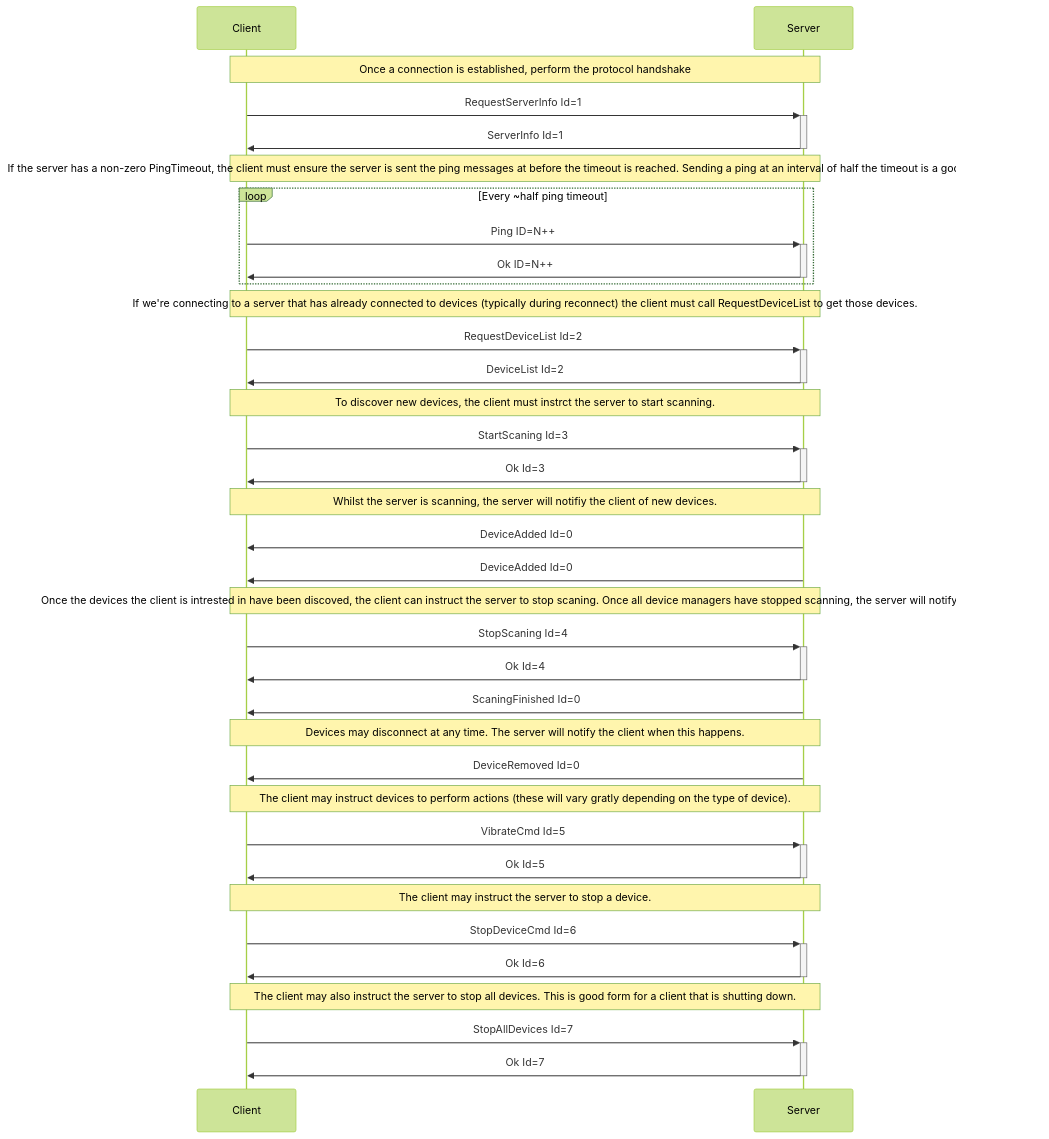
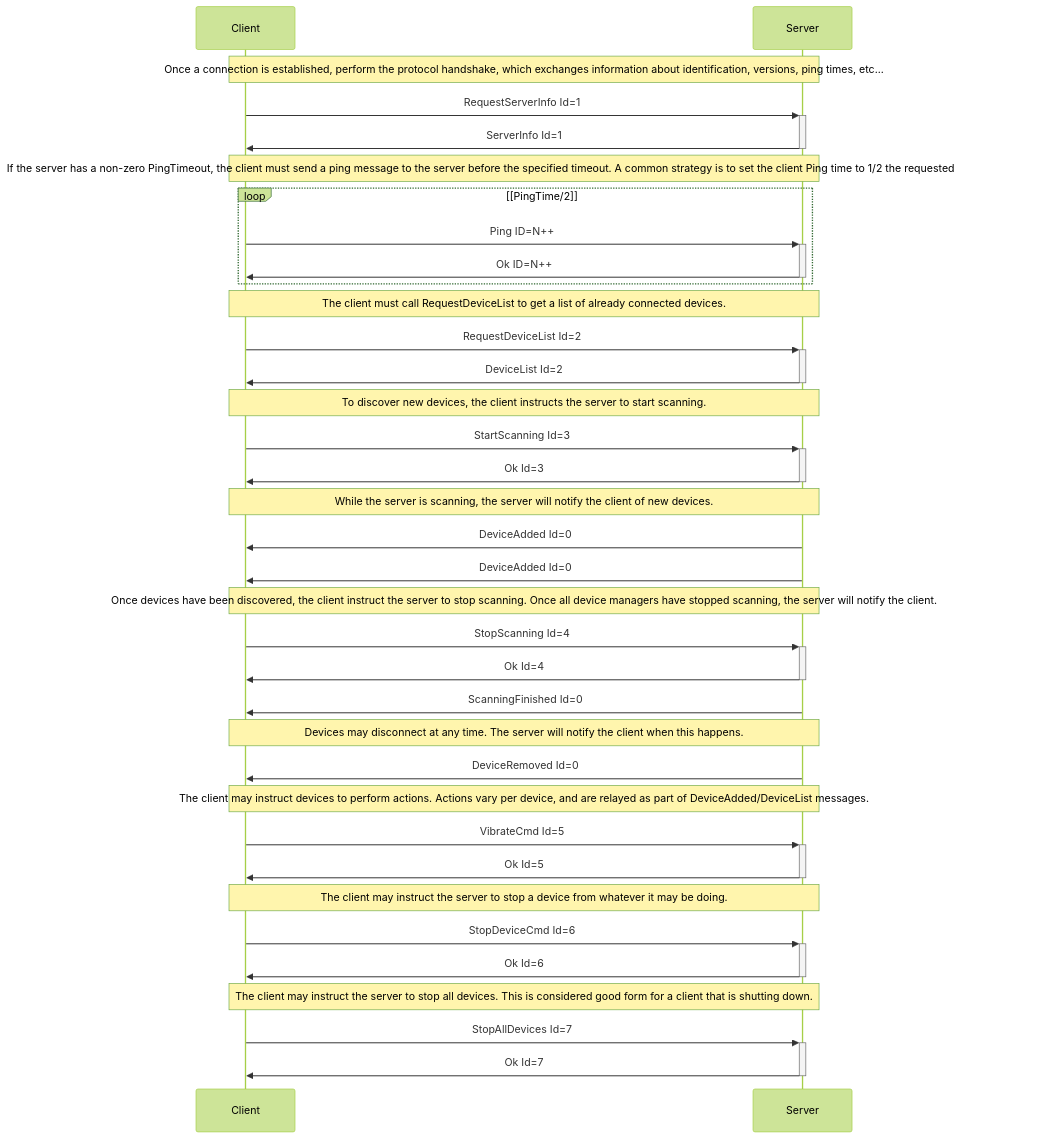
Before and after one commit to buttplugio/buttplug: the diagram in spec/protocol-spec/architecture.md, drawn with Mermaid (forest theme).

Commit message:
Tighten up lifecycle sequence diagram
Change some wording, fix some display issues.

````diff
--- a/spec/protocol-spec/architecture.md
+++ b/spec/protocol-spec/architecture.md
@@ -31,48 +31,47 @@
 ```mermaid
 sequenceDiagram
   Participant Client
   Participant Server
   
-  Note over Client,Server: Once a connection is established, perform the protocol handshake
+  Note over Client,Server: Once a connection is established, perform the protocol handshake, which exchanges information about identification, versions, ping times, etc...
   Client->>+Server: RequestServerInfo Id=1
   Server->>-Client: ServerInfo Id=1
   
-  
-  Note over Client,Server: If the server has a non-zero PingTimeout, the client must ensure the server is sent the ping messages at before the timeout is reached. Sending a ping at an interval of half the timeout is a good generalisation.
-  loop Every ~half ping timeout
+  Note over Client,Server: If the server has a non-zero PingTimeout, the client must send a ping message to the server before the specified timeout. A common strategy is to set the client Ping time to 1/2 the requested server ping time.
+  loop [PingTime/2]
     Client->>+Server: Ping ID=N++
     Server->>-Client: Ok ID=N++
   end
-  
-  Note over Client,Server: If we're connecting to a server that has already connected to devices (typically during reconnect) the client must call RequestDeviceList to get those devices.
+
+  Note over Client,Server: The client must call RequestDeviceList to get a list of already connected devices.
   Client->>+Server: RequestDeviceList Id=2
   Server->>-Client: DeviceList Id=2
   
-  Note over Client,Server: To discover new devices, the client must instrct the server to start scanning. 
-  Client->>+Server: StartScaning Id=3
+  Note over Client,Server: To discover new devices, the client instructs the server to start scanning.
+  Client->>+Server: StartScanning Id=3
   Server->>-Client: Ok Id=3
   
-  Note over Client,Server: Whilst the server is scanning, the server will notifiy the client of new devices.
+  Note over Client,Server: While the server is scanning, the server will notify the client of new devices.
   Server->>Client: DeviceAdded Id=0
   Server->>Client: DeviceAdded Id=0
   
-  Note over Client,Server: Once the devices the client is intrested in have been discoved, the client can instruct the server to stop scaning. Once all device managers have stopped scanning, the server will notify the client.
-  Client->>+Server: StopScaning Id=4
+  Note over Client,Server: Once devices have been discovered, the client instruct the server to stop scanning. Once all device managers have stopped scanning, the server will notify the client.
+  Client->>+Server: StopScanning Id=4
   Server->>-Client: Ok Id=4
-  Server->>Client: ScaningFinished Id=0
+  Server->>Client: ScanningFinished Id=0
   
   Note over Client,Server: Devices may disconnect at any time. The server will notify the client when this happens.
   Server->>Client: DeviceRemoved Id=0
   
-  Note over Client,Server: The client may instruct devices to perform actions (these will vary gratly depending on the type of device).
+  Note over Client,Server: The client may instruct devices to perform actions. Actions vary per device, and are relayed as part of DeviceAdded/DeviceList messages.
   Client->>+Server: VibrateCmd Id=5
   Server->>-Client: Ok Id=5
   
-  Note over Client,Server: The client may instruct the server to stop a device.
+  Note over Client,Server: The client may instruct the server to stop a device from whatever it may be doing.
   Client->>+Server: StopDeviceCmd Id=6
   Server->>-Client: Ok Id=6
   
-  Note over Client,Server: The client may also instruct the server to stop all devices. This is good form for a client that is shutting down.
+  Note over Client,Server: The client may instruct the server to stop all devices. This is considered good form for a client that is shutting down.
   Client->>+Server: StopAllDevices Id=7
   Server->>-Client: Ok Id=7
 ```
````
